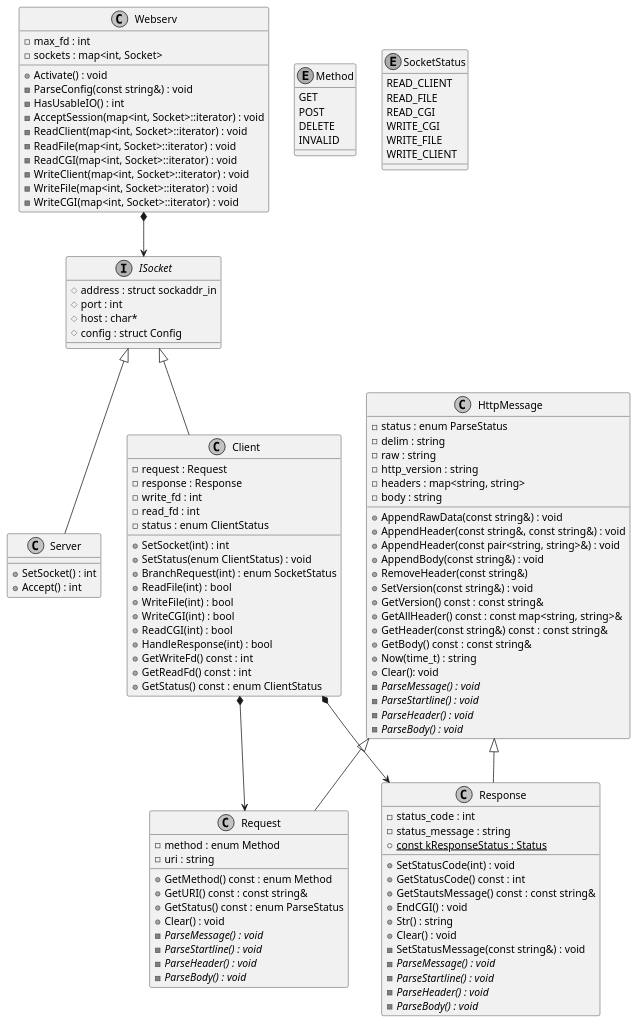
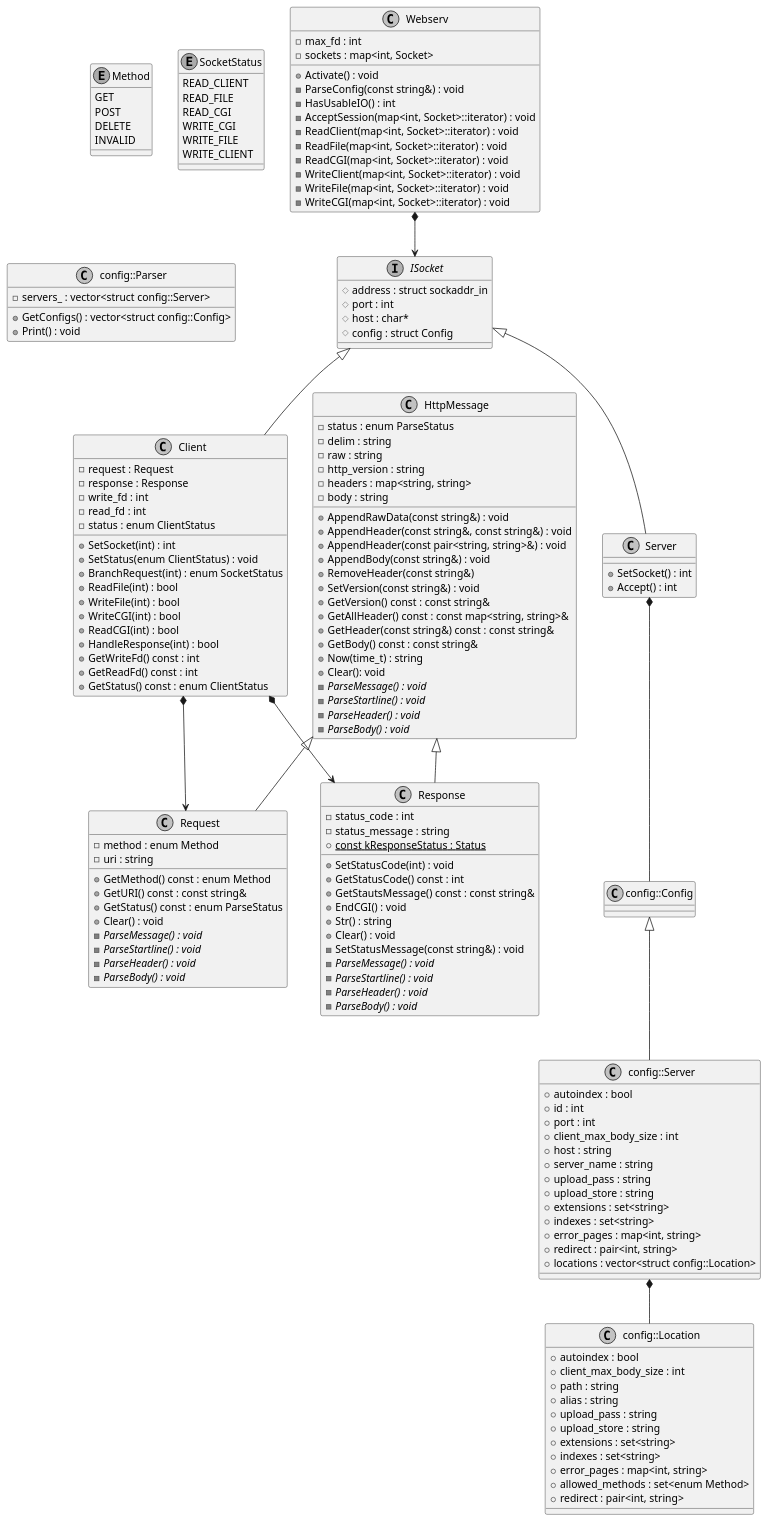
The diagram in docs/webserv.pu (tkomatsu/webserv), drawn with PlantUML before and after one commit.

Commit message:
docs(config): add class diagram

```diff
--- a/docs/webserv.pu
+++ b/docs/webserv.pu
@@ -1,131 +1,172 @@
 @startuml webserv
 
 skinparam monochrome true
 skinparam shadowing false
 
 class Webserv {
   - max_fd : int
   - sockets : map<int, Socket>
   + Activate() : void
   - ParseConfig(const string&) : void
   - HasUsableIO() : int
   - AcceptSession(map<int, Socket>::iterator) : void
   - ReadClient(map<int, Socket>::iterator) : void
   - ReadFile(map<int, Socket>::iterator) : void
   - ReadCGI(map<int, Socket>::iterator) : void
   - WriteClient(map<int, Socket>::iterator) : void
   - WriteFile(map<int, Socket>::iterator) : void
   - WriteCGI(map<int, Socket>::iterator) : void
 }
 
 interface ISocket {
   # address : struct sockaddr_in
   # port : int
   # host : char*
   # config : struct Config
 }
 
 class Server {
   + SetSocket() : int
   + Accept() : int
 }
 
 class Client {
   - request : Request
   - response : Response
   - write_fd : int
   - read_fd : int
   - status : enum ClientStatus
   + SetSocket(int) : int
   + SetStatus(enum ClientStatus) : void
   + BranchRequest(int) : enum SocketStatus
   + ReadFile(int) : bool
   + WriteFile(int) : bool
   + WriteCGI(int) : bool
   + ReadCGI(int) : bool
   + HandleResponse(int) : bool
   + GetWriteFd() const : int
   + GetReadFd() const : int
   + GetStatus() const : enum ClientStatus
 }
 
 class HttpMessage {
   - status : enum ParseStatus
   - delim : string
   - raw : string
   - http_version : string
   - headers : map<string, string>
   - body : string
   + AppendRawData(const string&) : void
   + AppendHeader(const string&, const string&) : void
   + AppendHeader(const pair<string, string>&) : void
   + AppendBody(const string&) : void
   + RemoveHeader(const string&)
   + SetVersion(const string&) : void
   + GetVersion() const : const string&
   + GetAllHeader() const : const map<string, string>&
   + GetHeader(const string&) const : const string&
   + GetBody() const : const string&
   + Now(time_t) : string
   + Clear(): void
   - {abstract} ParseMessage() : void
   - {abstract} ParseStartline() : void
   - {abstract} ParseHeader() : void
   - {abstract} ParseBody() : void
 }
 
 class Request {
   - method : enum Method
   - uri : string
   + GetMethod() const : enum Method
   + GetURI() const : const string&
   + GetStatus() const : enum ParseStatus
   + Clear() : void
   - {abstract} ParseMessage() : void
   - {abstract} ParseStartline() : void
   - {abstract} ParseHeader() : void
   - {abstract} ParseBody() : void
 }
 
 class Response {
   - status_code : int
   - status_message : string
   + {static} const kResponseStatus : Status
   + SetStatusCode(int) : void
   + GetStatusCode() const : int
   + GetStautsMessage() const : const string&
   + EndCGI() : void
   + Str() : string
   + Clear() : void
   - SetStatusMessage(const string&) : void
   - {abstract} ParseMessage() : void
   - {abstract} ParseStartline() : void
   - {abstract} ParseHeader() : void
   - {abstract} ParseBody() : void
 }
 
 enum Method {
   GET
   POST
   DELETE
   INVALID
 }
 
 enum SocketStatus {
   READ_CLIENT
   READ_FILE
   READ_CGI
   WRITE_CGI
   WRITE_FILE
   WRITE_CLIENT
 }
 
+class config::Parser {
+  + GetConfigs() : vector<struct config::Config>
+  + Print() : void
+  - servers_ : vector<struct config::Server>
+}
+
+class config::Config {}
+
+class config::Server {
+  + autoindex : bool
+  + id : int
+  + port : int
+  + client_max_body_size : int
+  + host : string
+  + server_name : string
+  + upload_pass : string
+  + upload_store : string
+  + extensions : set<string>
+  + indexes : set<string>
+  + error_pages : map<int, string>
+  + redirect : pair<int, string>
+  + locations : vector<struct config::Location>
+}
+
+class config::Location {
+  + autoindex : bool
+  + client_max_body_size : int
+  + path : string
+  + alias : string
+  + upload_pass : string
+  + upload_store : string
+  + extensions : set<string>
+  + indexes : set<string>
+  + error_pages : map<int, string>
+  + allowed_methods : set<enum Method>
+  + redirect : pair<int, string>
+}
+
 Webserv *--> ISocket
 ISocket <|-- Client
 ISocket <|-- Server
 Client *--> Request
 Client *--> Response
 HttpMessage <|-- Request
 HttpMessage <|-- Response
+config::Server *-- config::Location
+config::Config <|-- config::Server
+Server *-- config::Config
 
 @enduml
```
